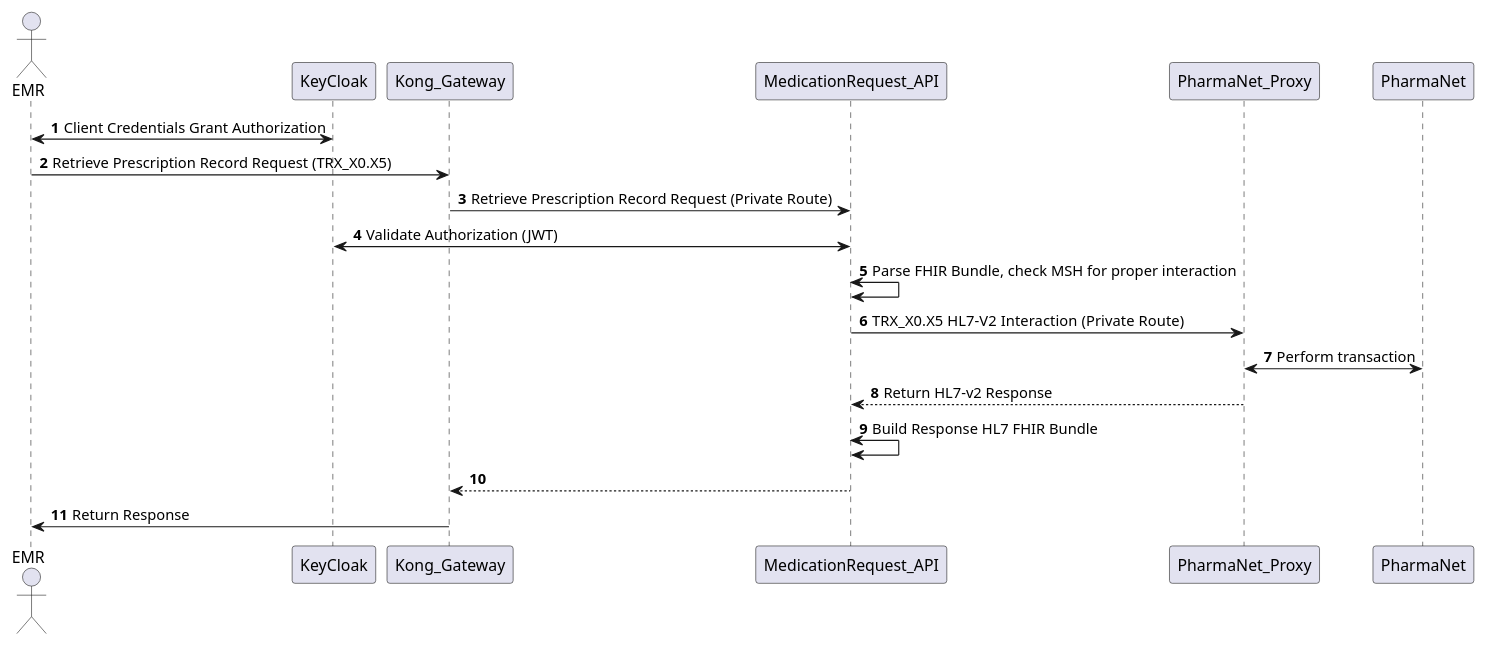
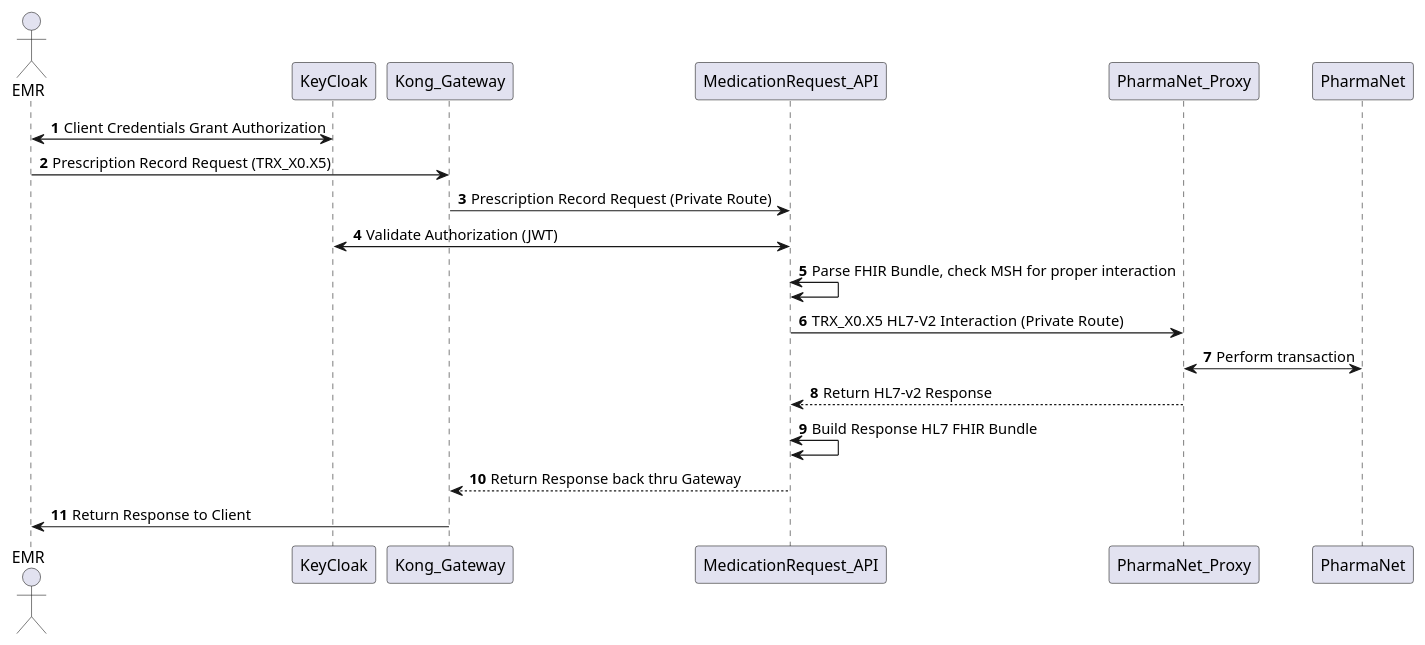
One commit to bcgov/moh-eRx changed the diagram in docs/diagrams/src/PNet_API_Flow.puml. Above: the diagram before and after it, drawn with PlantUML. The commit also changed 4 other files, not shown here.

Commit message:
updated flow diagram

```diff
--- a/docs/diagrams/src/PNet_API_Flow.puml
+++ b/docs/diagrams/src/PNet_API_Flow.puml
@@ -1,15 +1,15 @@
 @startuml PNet_API_Flow
 autonumber
     actor EMR
     EMR <-> KeyCloak : Client Credentials Grant Authorization
-    EMR -> Kong_Gateway : Retrieve Prescription Record Request (TRX_X0.X5)
-    Kong_Gateway -> MedicationRequest_API : Retrieve Prescription Record Request (Private Route)
+    EMR -> Kong_Gateway : Prescription Record Request (TRX_X0.X5)
+    Kong_Gateway -> MedicationRequest_API : Prescription Record Request (Private Route)
     MedicationRequest_API <-> KeyCloak : Validate Authorization (JWT)
     MedicationRequest_API <-> MedicationRequest_API : Parse FHIR Bundle, check MSH for proper interaction
     MedicationRequest_API -> PharmaNet_Proxy : TRX_X0.X5 HL7-V2 Interaction  (Private Route)
     PharmaNet_Proxy <-> PharmaNet : Perform transaction
     MedicationRequest_API <-- PharmaNet_Proxy : Return HL7-v2 Response
     MedicationRequest_API <-> MedicationRequest_API : Build Response HL7 FHIR Bundle
-    Kong_Gateway <-- MedicationRequest_API
-    EMR <- Kong_Gateway : Return Response
+    Kong_Gateway <-- MedicationRequest_API : Return Response back thru Gateway
+    EMR <- Kong_Gateway : Return Response to Client
 @enduml
```
